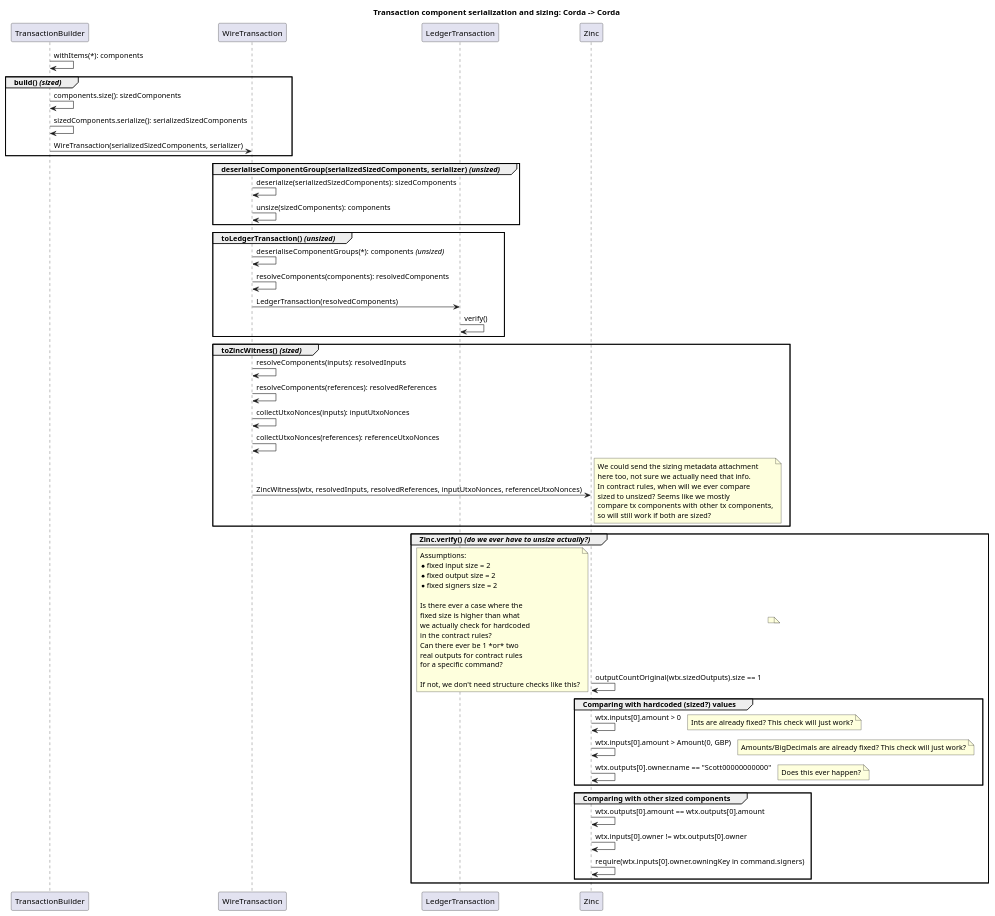
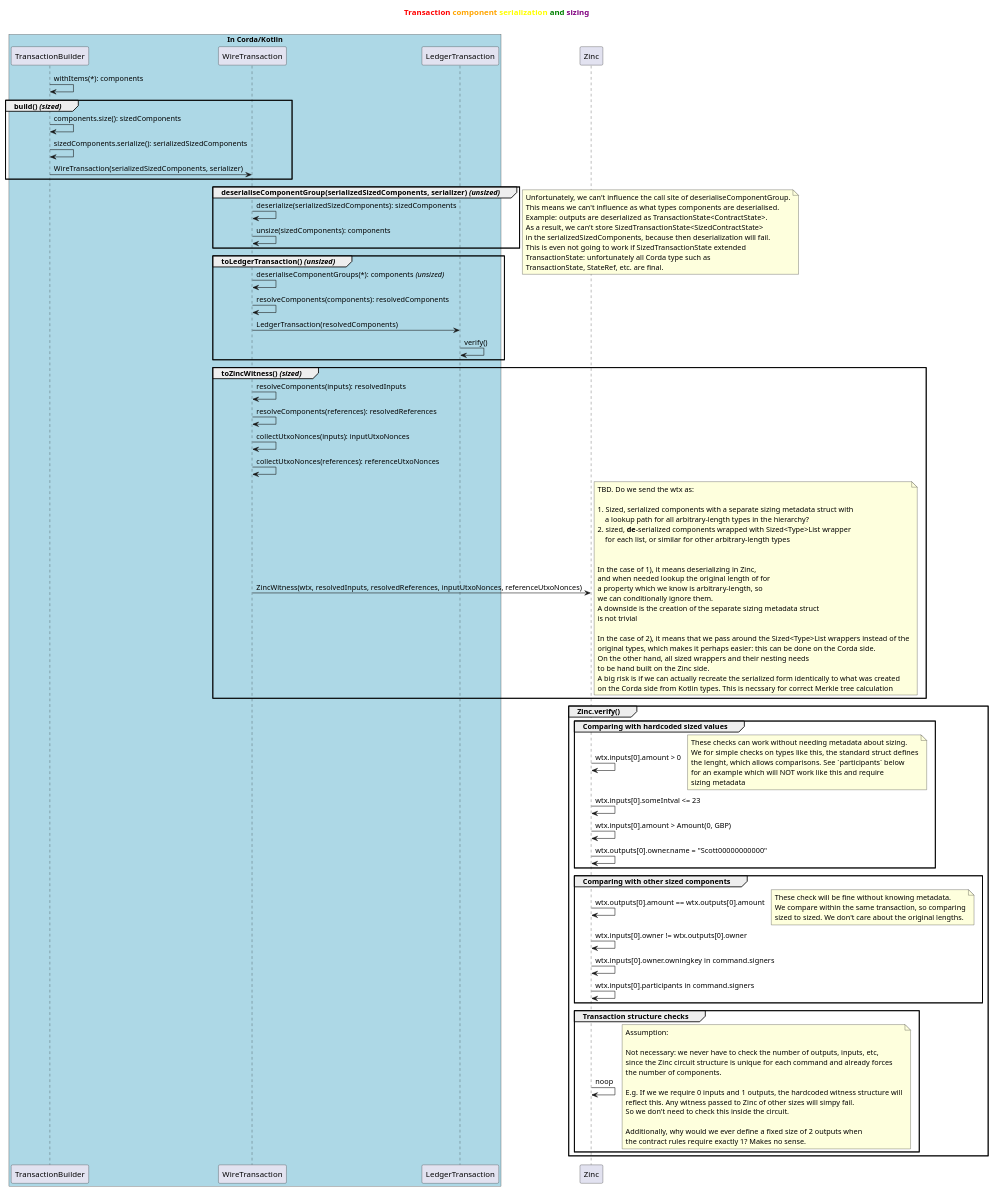
One commit to ing-bank/zkflow changed the diagram in docs/tx-component-serialization-sequence.puml. Above: the diagram before and after it, drawn with PlantUML. The commit also changed 1 other file, not shown here.

Commit message:
Updated sequence after discussion

```diff
--- a/docs/tx-component-serialization-sequence.puml
+++ b/docs/tx-component-serialization-sequence.puml
@@ -1,80 +1,123 @@
 @startuml
-title Transaction component serialization and sizing: Corda -> Corda
+title
+<b><font color=red>Transaction</font> <font color=orange>component</font> <font color=yellow>serialization</font> <font color=green>and</font> <font color=purple>sizing</font></b>
+
+end title
+
 skinparam backgroundColor white
 
+box "In Corda/Kotlin" #LightBlue
+    participant txb as "TransactionBuilder"
+    participant wtx as "WireTransaction"
+    participant ltx as "LedgerTransaction"
+end box
+participant znc as "Zinc"
+
+txb -> txb: withItems(*): components
+
+group build() <i>(sized)</i>
+    txb -> txb: components.size(): sizedComponents
+    txb -> txb: sizedComponents.serialize(): serializedSizedComponents
+    txb -> wtx: WireTransaction(serializedSizedComponents, serializer)
+end group
+
+group deserialiseComponentGroup(serializedSizedComponents, serializer) <i>(unsized)</i>
+    wtx -> wtx: deserialize(serializedSizedComponents): sizedComponents
+    wtx -> wtx: unsize(sizedComponents): components
+end group
+    note right
+        Unfortunately, we can't influence the call site of deserialiseComponentGroup.
+        This means we can't influence as what types components are deserialised.
+        Example: outputs are deserialized as TransactionState<ContractState>.
+        As a result, we can't store SizedTransactionState<SizedContractState>
+        in the serializedSizedComponents, because then deserialization will fail.
+        This is even not going to work if SizedTransactionState extended
+        TransactionState: unfortunately all Corda type such as
+        TransactionState, StateRef, etc. are final.
+    end note
+
+group toLedgerTransaction() <i>(unsized)</i>
+    wtx -> wtx: deserialiseComponentGroups(*): components <i>(unsized)</i>
+    wtx -> wtx: resolveComponents(components): resolvedComponents
+    wtx -> ltx: LedgerTransaction(resolvedComponents)
+    ltx -> ltx: verify()
+end group
+
+group toZincWitness() <i>(sized)</i>
+    wtx -> wtx: resolveComponents(inputs): resolvedInputs
+    wtx -> wtx: resolveComponents(references): resolvedReferences
+    wtx -> wtx: collectUtxoNonces(inputs): inputUtxoNonces
+    wtx -> wtx: collectUtxoNonces(references): referenceUtxoNonces
+    wtx -> znc: ZincWitness(wtx, resolvedInputs, resolvedReferences, inputUtxoNonces, referenceUtxoNonces)
+        note right
+            TBD. Do we send the wtx as:
+
+            1. Sized, serialized components with a separate sizing metadata struct with
+                a lookup path for all arbitrary-length types in the hierarchy?
+            2. sized, <b>de</b>-serialized components wrapped with Sized<Type>List wrapper
+                for each list, or similar for other arbitrary-length types
 
 
+            In the case of 1), it means deserializing in Zinc,
+            and when needed lookup the original length of for
+            a property which we know is arbitrary-length, so
+            we can conditionally ignore them.
+            A downside is the creation of the separate sizing metadata struct
+            is not trivial
 
-txb as "TransactionBuilder" -> txb: withItems(*): components
-
-group build() <i>(sized)</i>
-txb -> txb: components.size(): sizedComponents
-txb -> txb: sizedComponents.serialize(): serializedSizedComponents
-txb -> wtx as "WireTransaction": WireTransaction(serializedSizedComponents, serializer)
-end
-
-group deserialiseComponentGroup(serializedSizedComponents, serializer) <i>(unsized)</i>
-wtx -> wtx: deserialize(serializedSizedComponents): sizedComponents
-wtx -> wtx: unsize(sizedComponents): components
-end
-
-group toLedgerTransaction() <i>(unsized)</i>
-wtx -> wtx: deserialiseComponentGroups(*): components <i>(unsized)</i>
-wtx -> wtx: resolveComponents(components): resolvedComponents
-wtx -> ltx as "LedgerTransaction": LedgerTransaction(resolvedComponents)
-ltx -> ltx: verify()
-end
-
-group toZincWitness() <i>(sized)</i>
-wtx -> wtx: resolveComponents(inputs): resolvedInputs
-wtx -> wtx: resolveComponents(references): resolvedReferences
-wtx -> wtx: collectUtxoNonces(inputs): inputUtxoNonces
-wtx -> wtx: collectUtxoNonces(references): referenceUtxoNonces
-wtx -> znc as "Zinc": ZincWitness(wtx, resolvedInputs, resolvedReferences, inputUtxoNonces, referenceUtxoNonces)
-note right
-We could send the sizing metadata attachment
-here too, not sure we actually need that info.
-In contract rules, when will we ever compare
-sized to unsized? Seems like we mostly
-compare tx components with other tx components,
-so will still work if both are sized?
-end note
-end
-
-group Zinc.verify() <i>(do we ever have to unsize actually?)</i>
-znc -> znc: outputCountOriginal(wtx.sizedOutputs).size == 1
-note right:
-note left
-Assumptions:
-* fixed input size = 2
-* fixed output size = 2
-* fixed signers size = 2
-
-Is there ever a case where the
-fixed size is higher than what
-we actually check for hardcoded
-in the contract rules?
-Can there ever be 1 *or* two
-real outputs for contract rules
-for a specific command?
-
-If not, we don't need structure checks like this?
-end note
-
-group Comparing with hardcoded (sized?) values
-znc -> znc: wtx.inputs[0].amount > 0
-note right: Ints are already fixed? This check will just work?
-znc -> znc: wtx.inputs[0].amount > Amount(0, GBP)
-note right: Amounts/BigDecimals are already fixed? This check will just work?
-znc -> znc: wtx.outputs[0].owner.name == "Scott00000000000"
-note right: Does this ever happen?
+            In the case of 2), it means that we pass around the Sized<Type>List wrappers instead of the
+            original types, which makes it perhaps easier: this can be done on the Corda side.
+            On the other hand, all sized wrappers and their nesting needs
+            to be hand built on the Zinc side.
+            A big risk is if we can actually recreate the serialized form identically to what was created
+            on the Corda side from Kotlin types. This is necssary for correct Merkle tree calculation
+        end note
 end group
 
-group Comparing with other sized components
-znc -> znc: wtx.outputs[0].amount == wtx.outputs[0].amount
-znc -> znc: wtx.inputs[0].owner != wtx.outputs[0].owner
-znc -> znc: require(wtx.inputs[0].owner.owningKey in command.signers)
+group Zinc.verify()
+
+    group Comparing with hardcoded sized values
+        znc -> znc: wtx.inputs[0].amount > 0
+            note right
+                These checks can work without needing metadata about sizing.
+                We for simple checks on types like this, the standard struct defines
+                the lenght, which allows comparisons. See `participants` below
+                for an example which will NOT work like this and require
+                sizing metadata
+            end note
+        znc -> znc: wtx.inputs[0].someIntval <= 23
+        znc -> znc: wtx.inputs[0].amount > Amount(0, GBP)
+        znc -> znc: wtx.outputs[0].owner.name = "Scott00000000000"
+    end group
+
+    group Comparing with other sized components
+        znc -> znc: wtx.outputs[0].amount == wtx.outputs[0].amount
+            note right
+                These check will be fine without knowing metadata.
+                We compare within the same transaction, so comparing
+                sized to sized. We don't care about the original lengths.
+            end note
+        znc -> znc: wtx.inputs[0].owner != wtx.outputs[0].owner
+        znc -> znc: wtx.inputs[0].owner.owningkey in command.signers
+        znc -> znc: wtx.inputs[0].participants in command.signers
+    end group
+
+    group Transaction structure checks
+    znc -> znc: noop
+        note right
+            Assumption:
+
+            Not necessary: we never have to check the number of outputs, inputs, etc,
+            since the Zinc circuit structure is unique for each command and already forces
+            the number of components.
+
+            E.g. If we we require 0 inputs and 1 outputs, the hardcoded witness structure will
+            reflect this. Any witness passed to Zinc of other sizes will simpy fail.
+            So we don't need to check this inside the circuit.
+
+            Additionally, why would we ever define a fixed size of 2 outputs when
+            the contract rules require exactly 1? Makes no sense.
+        end note
+    end group
 end group
-
-end
 @enduml
```
